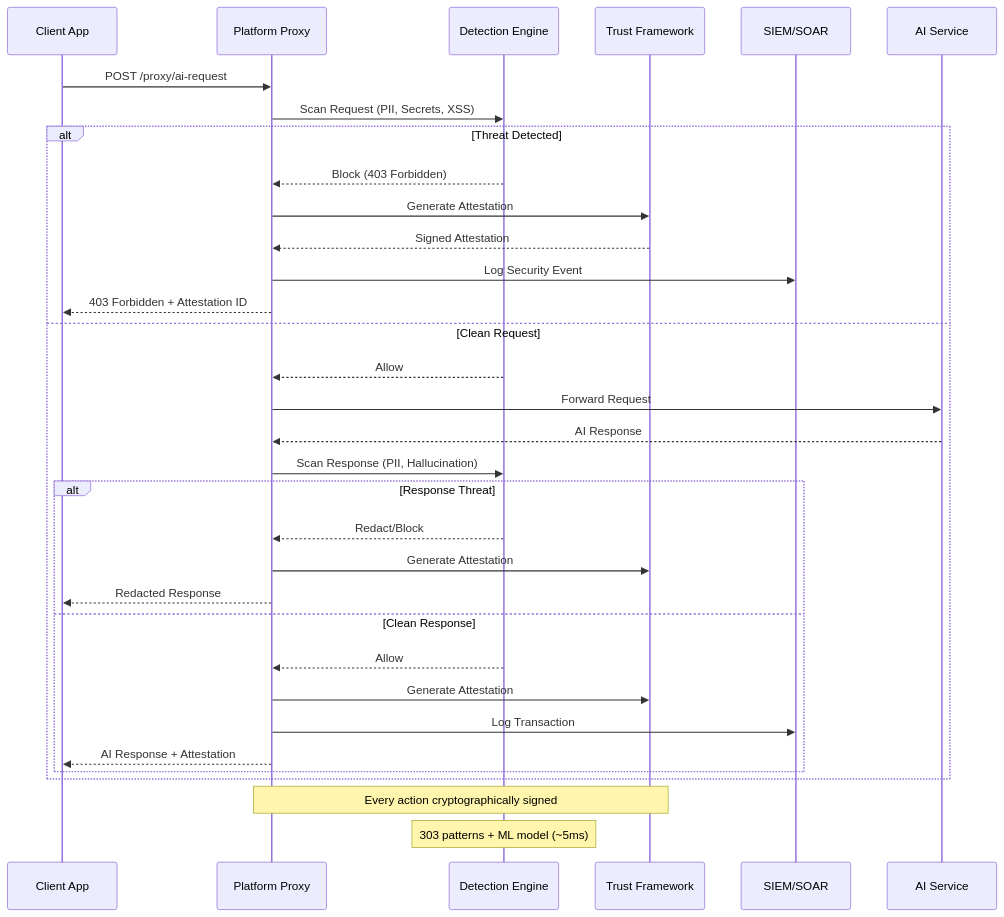
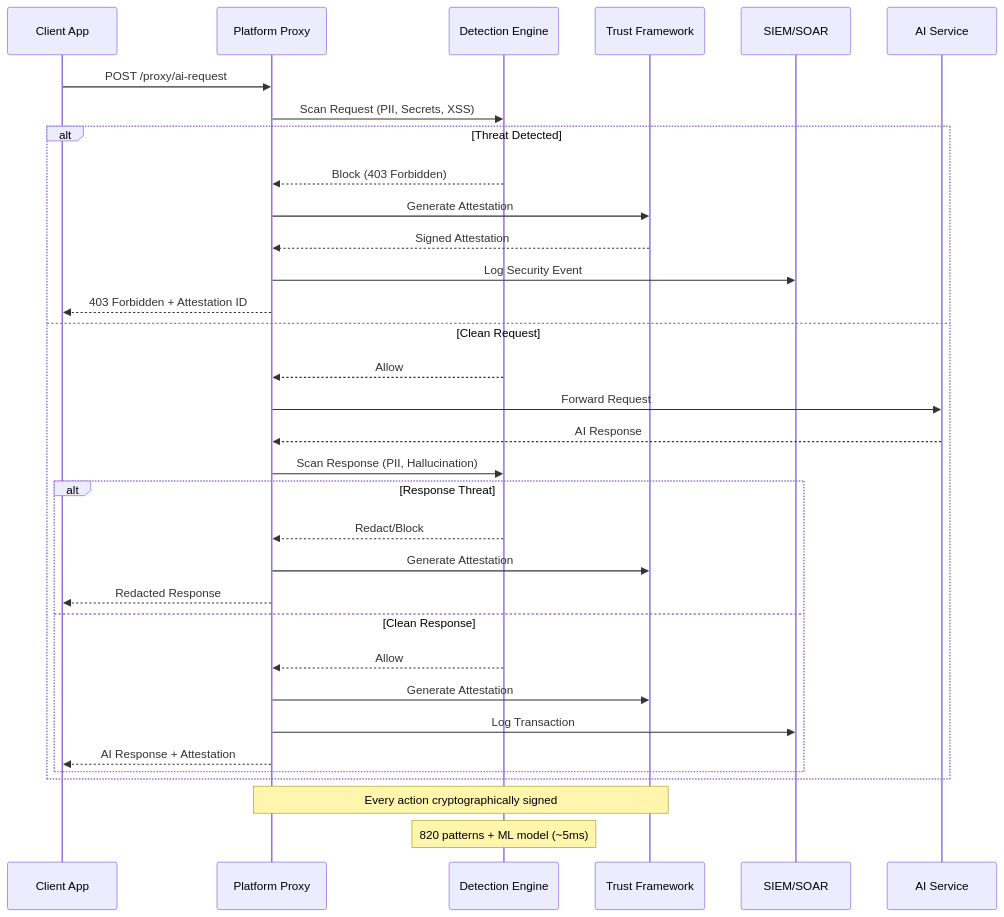
The second of 2 diagrams in content/platform/_index.md (aegisgatesecurity/aegisgate-site), drawn with Mermaid before and after one commit. The commit also changed other lines of this file and 32 other files, not shown here.

```diff
--- a/content/platform/_index.md
+++ b/content/platform/_index.md
@@ -178,39 +178,39 @@
 {{< mermaid >}}
 sequenceDiagram
     participant Client as Client App
     participant Proxy as Platform Proxy
     participant Scanner as Detection Engine
     participant Trust as Trust Framework
     participant SIEM as SIEM/SOAR
     participant AI as AI Service
 
     Client->>Proxy: POST /proxy/ai-request
     Proxy->>Scanner: Scan Request (PII, Secrets, XSS)
     
     alt Threat Detected
         Scanner-->>Proxy: Block (403 Forbidden)
         Proxy->>Trust: Generate Attestation
         Trust-->>Proxy: Signed Attestation
         Proxy->>SIEM: Log Security Event
         Proxy-->>Client: 403 Forbidden + Attestation ID
     else Clean Request
         Scanner-->>Proxy: Allow
         Proxy->>AI: Forward Request
         AI-->>Proxy: AI Response
         Proxy->>Scanner: Scan Response (PII, Hallucination)
         
         alt Response Threat
             Scanner-->>Proxy: Redact/Block
             Proxy->>Trust: Generate Attestation
             Proxy-->>Client: Redacted Response
         else Clean Response
             Scanner-->>Proxy: Allow
             Proxy->>Trust: Generate Attestation
             Proxy->>SIEM: Log Transaction
             Proxy-->>Client: AI Response + Attestation
         end
     end
 
     Note over Proxy,Trust: Every action cryptographically signed
-    Note over Scanner: 303 patterns + ML model (~5ms)
+    Note over Scanner: 820 patterns + ML model (~5ms)
 {{< /mermaid >}}
```
